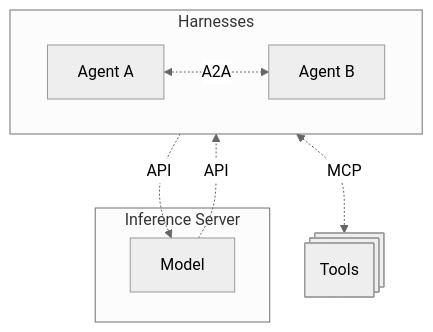
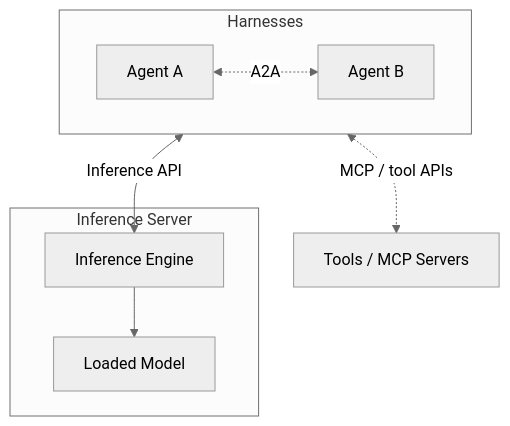
The first of 2 diagrams in Lecture/01_AI_App_Stack/README.md (mcgheee/AI_02H), drawn with Mermaid (neutral theme) before and after one commit. The commit also changed other lines of this file and 2 other files, not shown here.

````diff
--- a/Lecture/01_AI_App_Stack/README.md
+++ b/Lecture/01_AI_App_Stack/README.md
@@ -10,16 +24,17 @@
 ```mermaid
 flowchart TD
   subgraph harness["Harnesses"]
     direction LR
     agenta["Agent A"]
     agentb["Agent B"]
   end
-  tools@{ shape: st-rect, label: Tools}
+  tools["Tools / MCP Servers"]
   subgraph inference["Inference Server"]
-    model["Model"]
+    engine["Inference Engine"]
+    model["Loaded Model"]
+    engine --> model
   end
   agenta <-. A2A .-> agentb
-  harness <-. MCP .-> tools
-  harness -. API .-> model
-  model -. API .-> harness
+  harness <-. MCP / tool APIs .-> tools
+  harness <-->|Inference API| engine
 ```
````
